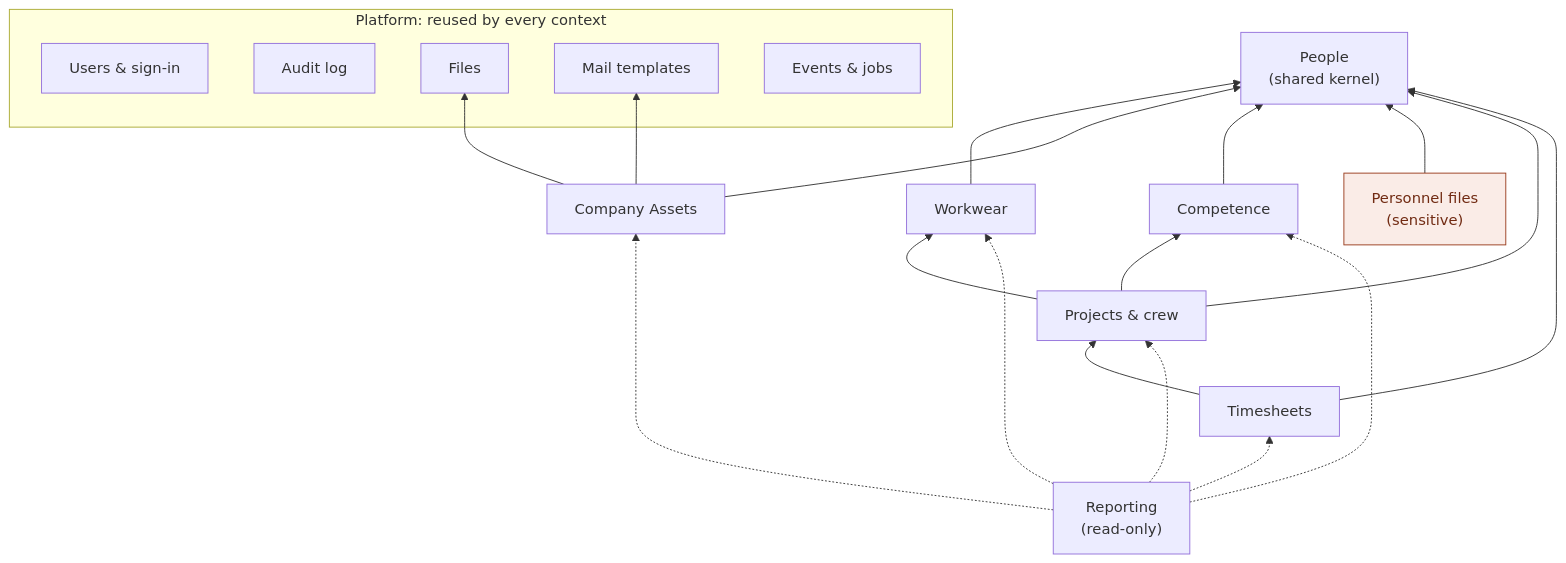
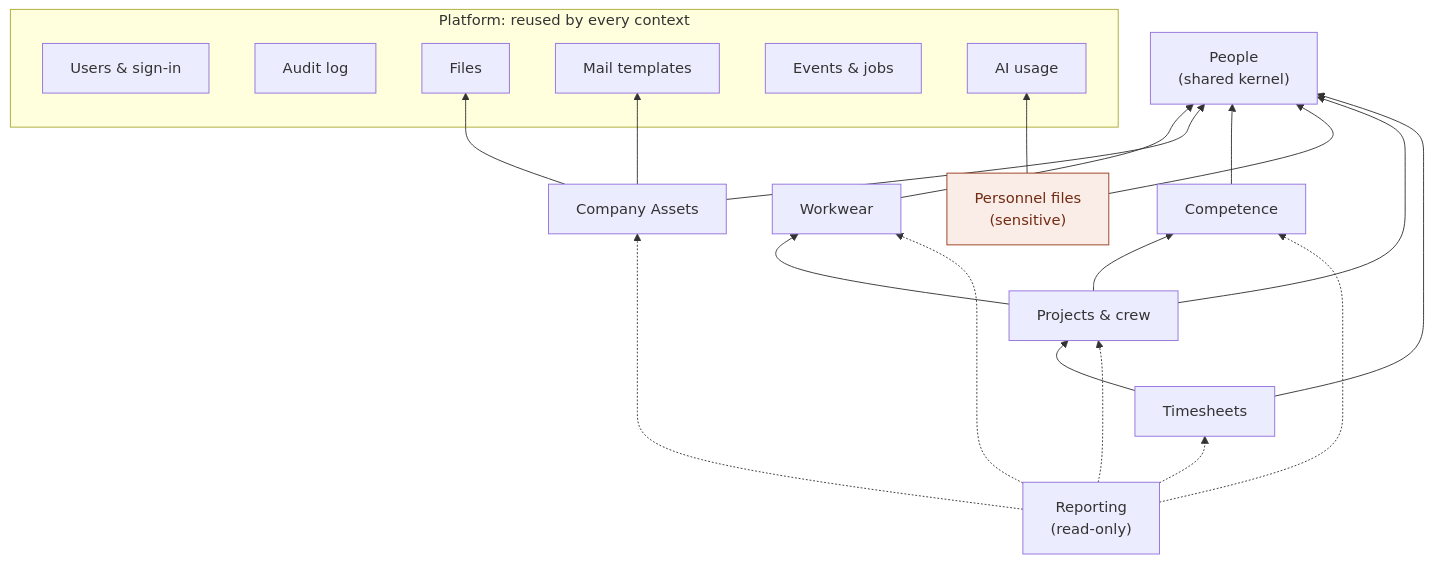
The diagram in docs/architecture/context-map.md (remisb/ppe-next2), drawn with Mermaid before and after one commit. The commit also changed other lines of this file and 7 other files, not shown here.

First line of the commit message:
ADR 0007 and specs: Personnel files, identity documents, AI usage

````diff
--- a/docs/architecture/context-map.md
+++ b/docs/architecture/context-map.md
@@ -16,39 +17,41 @@
 ```mermaid
 flowchart BT
     subgraph platform [Platform: reused by every context]
         iam[Users & sign-in]
         audit[Audit log]
         files[Files]
         mail[Mail templates]
         events[Events & jobs]
+        ai[AI usage]
     end
 
     people["People<br/>(shared kernel)"]
     workwear[Workwear]
     assets[Company Assets]
     competence[Competence]
     personnel["Personnel files<br/>(sensitive)"]
     projects[Projects & crew]
     time[Timesheets]
     reporting["Reporting<br/>(read-only)"]
 
     workwear --> people
     assets --> people
     assets --> files
     assets --> mail
     competence --> people
     personnel --> people
+    personnel --> ai
     projects --> people
     projects --> workwear
     projects --> competence
     time --> projects
     time --> people
     reporting -.-> workwear
     reporting -.-> assets
     reporting -.-> competence
     reporting -.-> projects
     reporting -.-> time
 
     classDef sensitive fill:#FAECE7,stroke:#993C1D,color:#712B13
     class personnel sensitive
 ```
````
